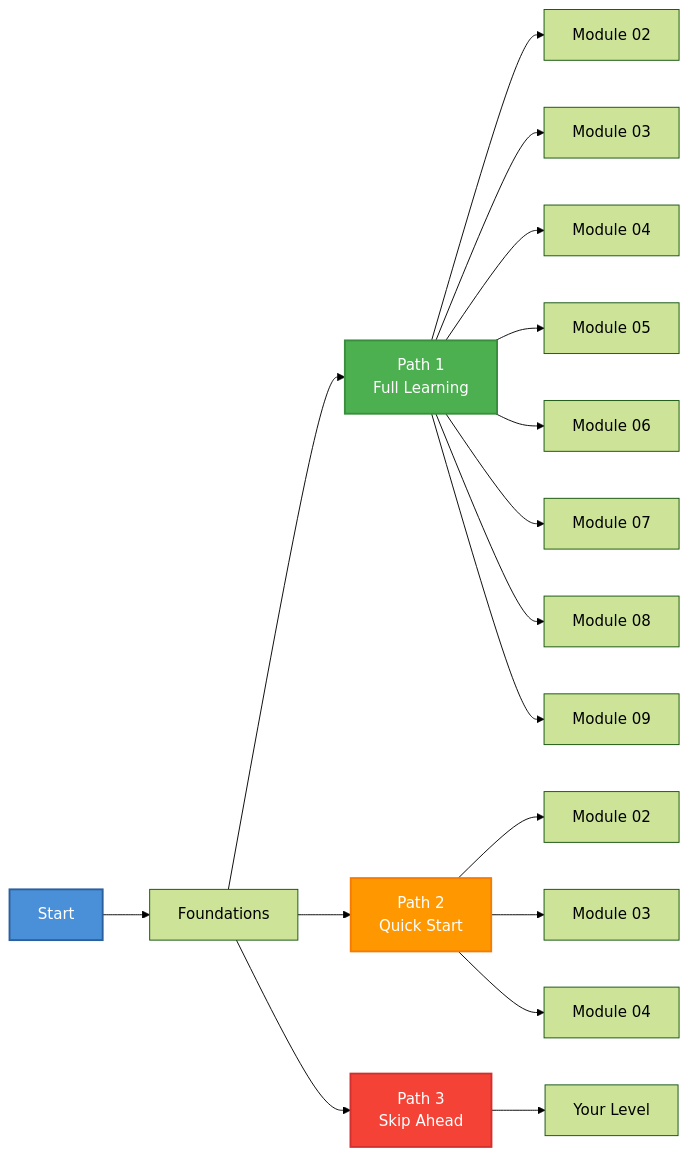
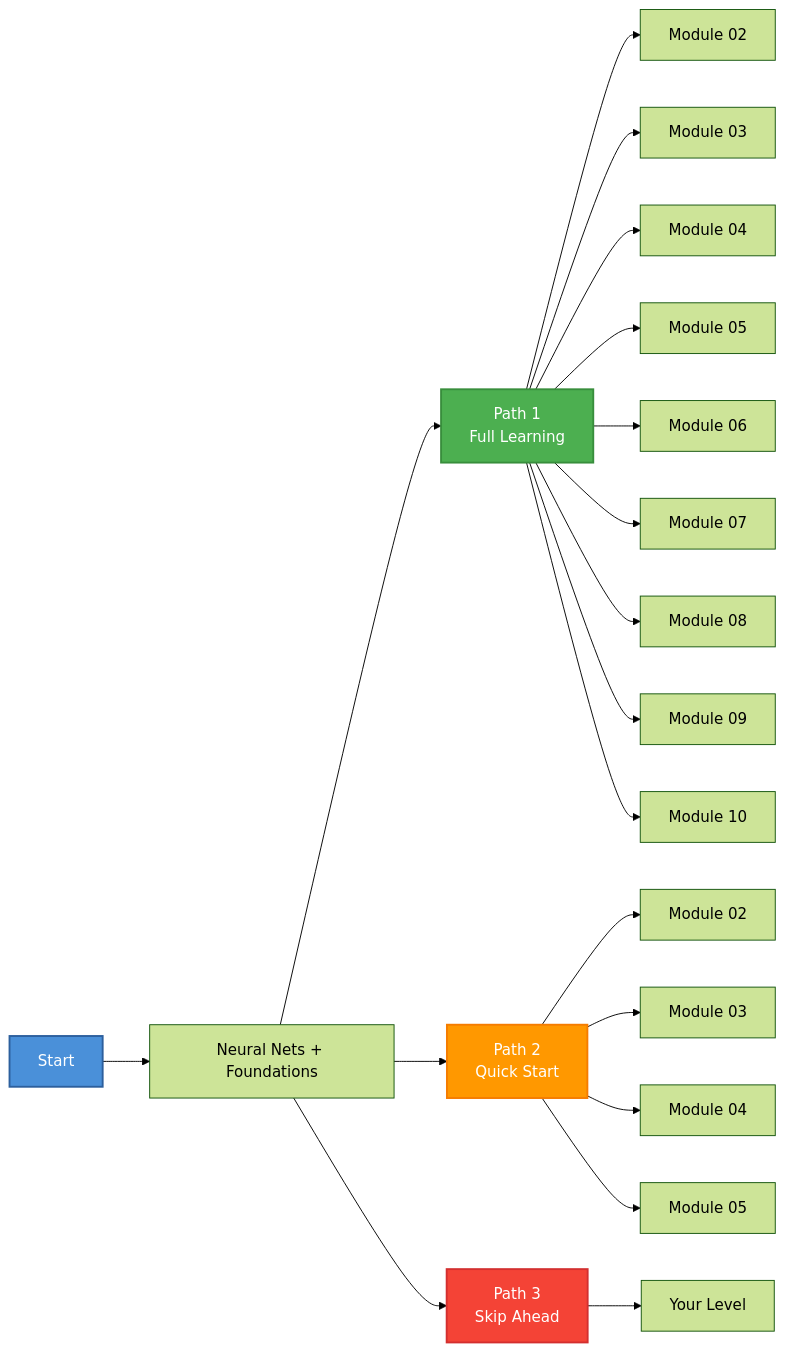
One commit to Parv17k/llm-fine-tuning-guide changed the second of 3 diagrams in content/00-preface.md. Above: the diagram before and after it, drawn with Mermaid (forest theme). The commit also changed other lines of this file and 3 other files, not shown here.

Commit message:
Update neural networks documentation - enhance explanations and examples, refine module structure.

````diff
--- a/content/00-preface.md
+++ b/content/00-preface.md
@@ -89,28 +98,30 @@
 ```mermaid
 flowchart LR
-    A[Start] --> B[Foundations]
+    A[Start] --> B[Neural Nets + Foundations]
     
     B --> C1[Path 1<br/>Full Learning]
     B --> C2[Path 2<br/>Quick Start]
     B --> C3[Path 3<br/>Skip Ahead]
     
     C1 --> D1[Module 02]
     C1 --> E1[Module 03]
     C1 --> F1[Module 04]
     C1 --> G1[Module 05]
     C1 --> H1[Module 06]
     C1 --> I1[Module 07]
     C1 --> J1[Module 08]
     C1 --> K1[Module 09]
+    C1 --> L1[Module 10]
     
     C2 --> D2[Module 02]
     C2 --> E2[Module 03]
     C2 --> F2[Module 04]
+    C2 --> G2[Module 05]
     
     C3 --> G3[Your Level]
     
     style A fill:#4a90d9,stroke:#2c5f9d,color:#ffffff,stroke-width:2px
     style C1 fill:#4caf50,stroke:#388e3c,color:#ffffff,stroke-width:2px
     style C2 fill:#ff9800,stroke:#f57c00,color:#ffffff,stroke-width:2px
     style C3 fill:#f44336,stroke:#d32f2f,color:#ffffff,stroke-width:2px
 ```
````
